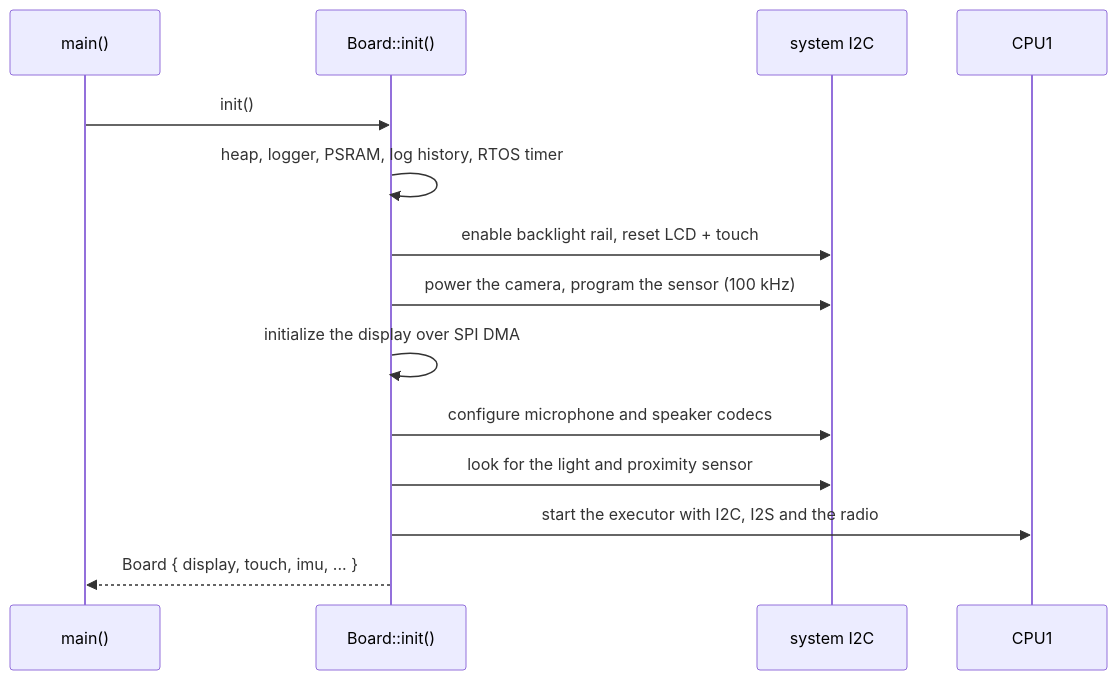
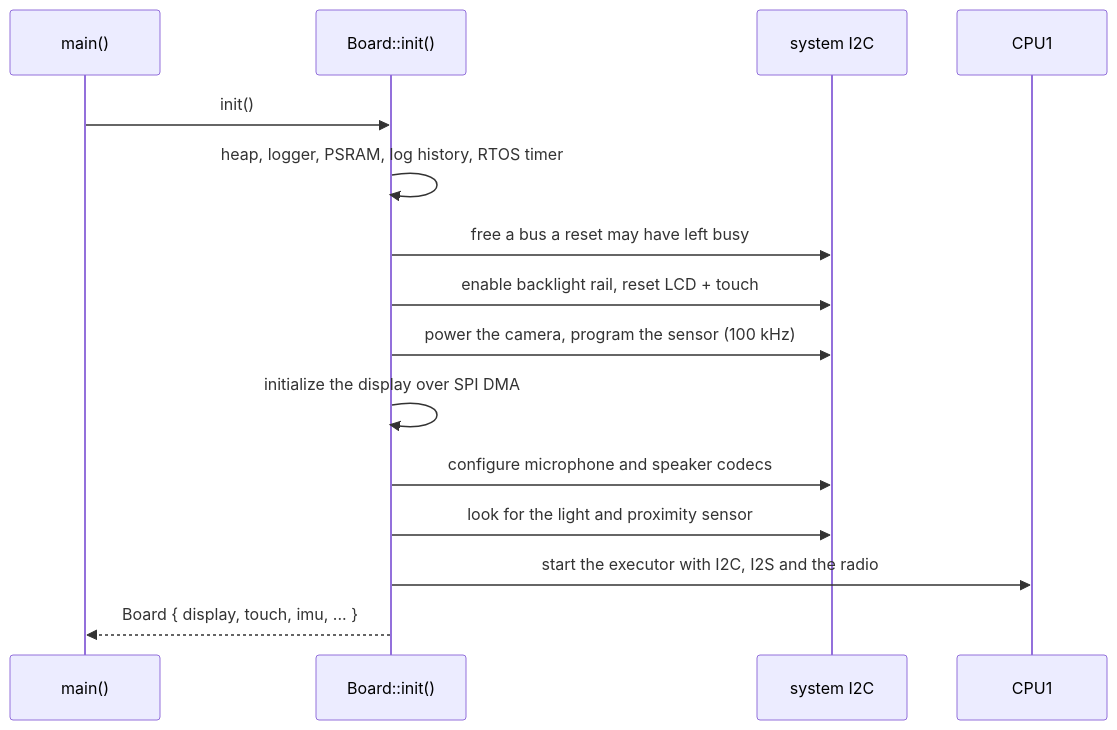
The second of 7 diagrams in docs/architecture.md (wackazong/hackandhike-2026), drawn with Mermaid before and after one commit. The commit also changed other lines of this file and 8 other files, not shown here.

````diff
--- a/docs/architecture.md
+++ b/docs/architecture.md
@@ -49,17 +49,18 @@
 ```mermaid
 sequenceDiagram
     participant Main as main()
     participant Board as Board::init()
     participant I2C as system I2C
     participant CPU1 as CPU1
 
     Main->>Board: init()
     Board->>Board: heap, logger, PSRAM, log history, RTOS timer
+    Board->>I2C: free a bus a reset may have left busy
     Board->>I2C: enable backlight rail, reset LCD + touch
     Board->>I2C: power the camera, program the sensor (100 kHz)
     Board->>Board: initialize the display over SPI DMA
     Board->>I2C: configure microphone and speaker codecs
     Board->>I2C: look for the light and proximity sensor
     Board->>CPU1: start the executor with I2C, I2S and the radio
     Board-->>Main: Board { display, touch, imu, ... }
 ```
````
